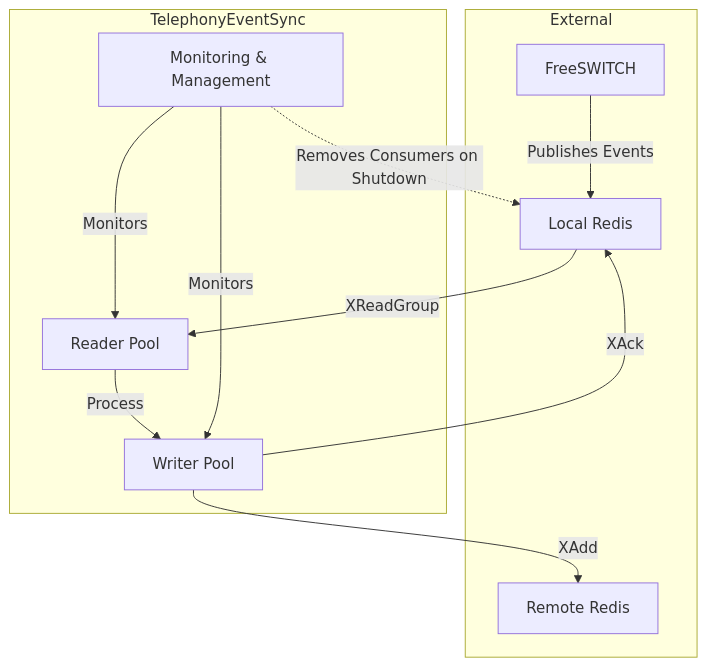
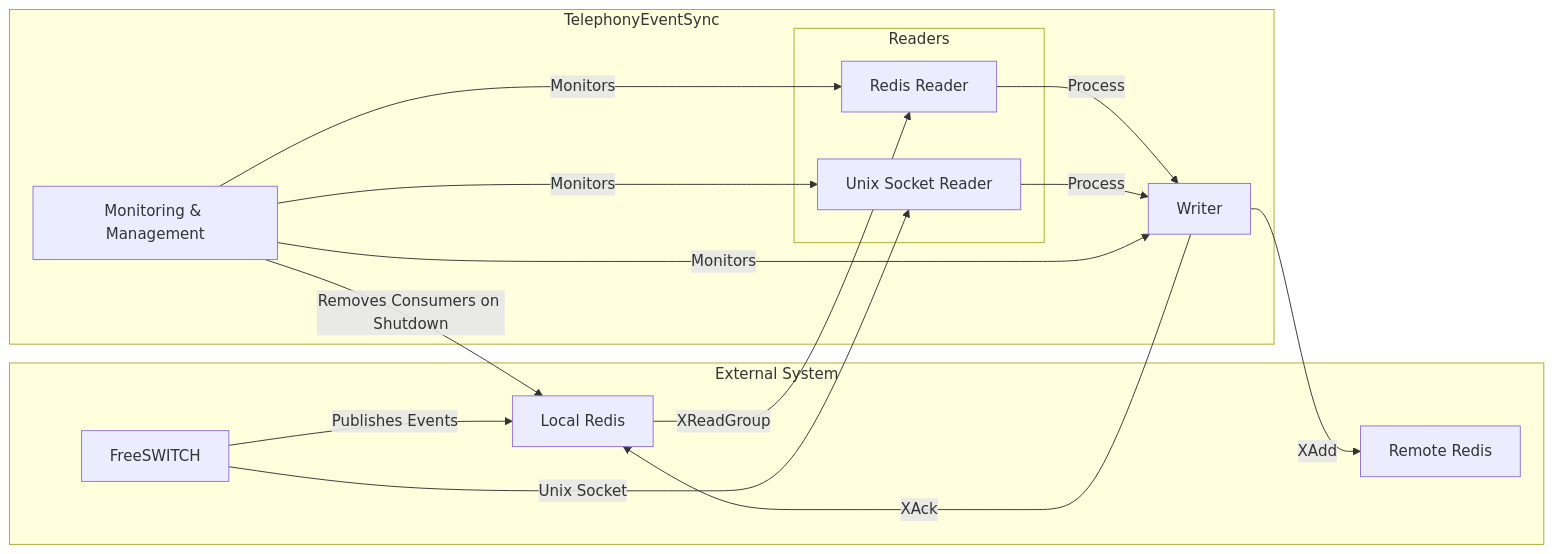
One commit to rauxiliar/telephonyEventSync changed the third of 5 diagrams in README.md. Above: the diagram before and after it, drawn with Mermaid. The commit also changed other lines of this file and 4 other files, not shown here.

````diff
--- a/README.md
+++ b/README.md
@@ -9,23 +79,34 @@
 ```mermaid
-graph TD
-    subgraph External
-        A[FreeSWITCH]
-        B[Local Redis]
-        D[Remote Redis]
+flowchart LR
+    subgraph External System
+        FS[FreeSWITCH]
+        LR[Local Redis]
+        RR[Remote Redis]
     end
 
     subgraph TelephonyEventSync
-        C[Reader Pool]
-        E[Writer Pool]
-        F[Monitoring & Management]
+        subgraph Readers
+            USR[Unix Socket Reader]
+            RDR[Redis Reader]
+        end
+        WRT[Writer]
+        MM[Monitoring & Management]
     end
 
-    A -->|Publishes Events| B
-    B -->|XReadGroup| C
-    C -->|Process| E
-    E -->|XAdd| D
-    E -->|XAck| B
-    F -->|Monitors| C
-    F -->|Monitors| E
-    F -.->|Removes Consumers on Shutdown| B
+    %% Main flow
+    FS -- "Publishes Events" --> LR
+    LR -- "XReadGroup" --> RDR
+    RDR -- "Process" --> WRT
+    WRT -- "XAdd" --> RR
+    WRT -- "XAck" --> LR
+
+    %% Alternative: Direct Unix Socket
+    FS -- "Unix Socket" --> USR
+    USR -- "Process" --> WRT
+
+    %% Monitoring
+    MM -- "Monitors" --> USR
+    MM -- "Monitors" --> RDR
+    MM -- "Monitors" --> WRT
+    MM -- "Removes Consumers on Shutdown" --> LR
 ```
````
